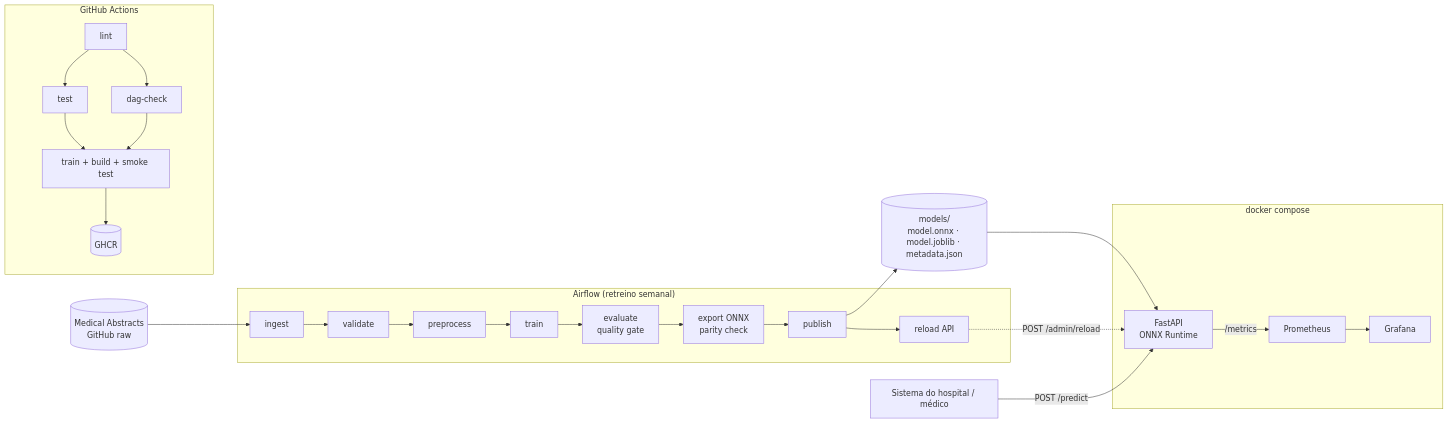
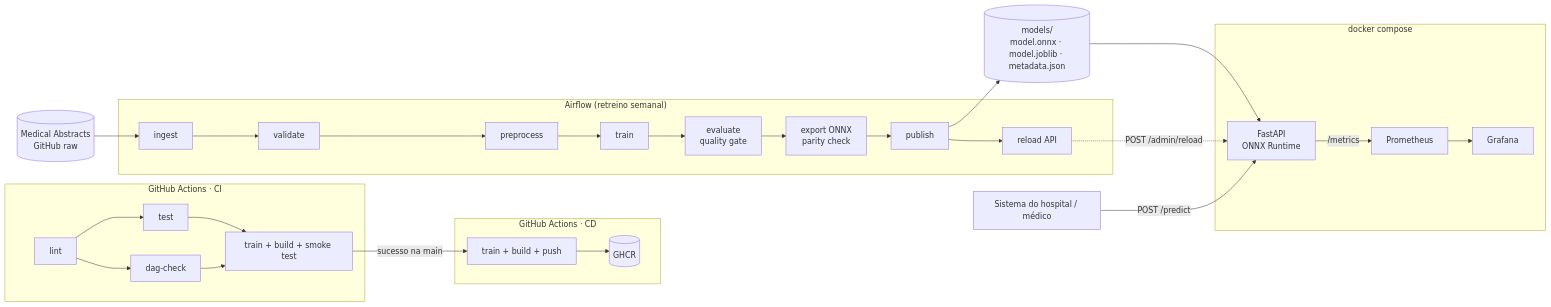
Before and after one commit to KleberJorgeSantos/fiap-mle-tech-challenge-fase-3: the first of 2 diagrams in README.md, drawn with Mermaid. The commit also changed other lines of this file and 2 other files, not shown here.

````diff
--- a/README.md
+++ b/README.md
@@ -80,22 +80,26 @@
 ```mermaid
 flowchart LR
-    subgraph CI["GitHub Actions"]
-        L[lint] --> T[test] --> B[train + build + smoke test] --> R[(GHCR)]
+    subgraph CI["GitHub Actions · CI"]
+        L[lint] --> T[test] --> B[train + build + smoke test]
         L --> D[dag-check] --> B
     end
+    subgraph CD["GitHub Actions · CD"]
+        PU[train + build + push] --> R[(GHCR)]
+    end
+    B -- sucesso na main --> PU
 
     subgraph AF["Airflow (retreino semanal)"]
         I[ingest] --> V[validate] --> P[preprocess] --> TR[train] --> E[evaluate<br/>quality gate] --> X[export ONNX<br/>parity check] --> PB[publish] --> RL[reload API]
     end
 
     DS[(Medical Abstracts<br/>GitHub raw)] --> I
     PB --> M[(models/<br/>model.onnx · model.joblib · metadata.json)]
 
     subgraph STACK["docker compose"]
         API[FastAPI<br/>ONNX Runtime] -- /metrics --> PR[Prometheus] --> GF[Grafana]
     end
 
     M --> API
     RL -. POST /admin/reload .-> API
     U[Sistema do hospital / médico] -- POST /predict --> API
 ```
````
